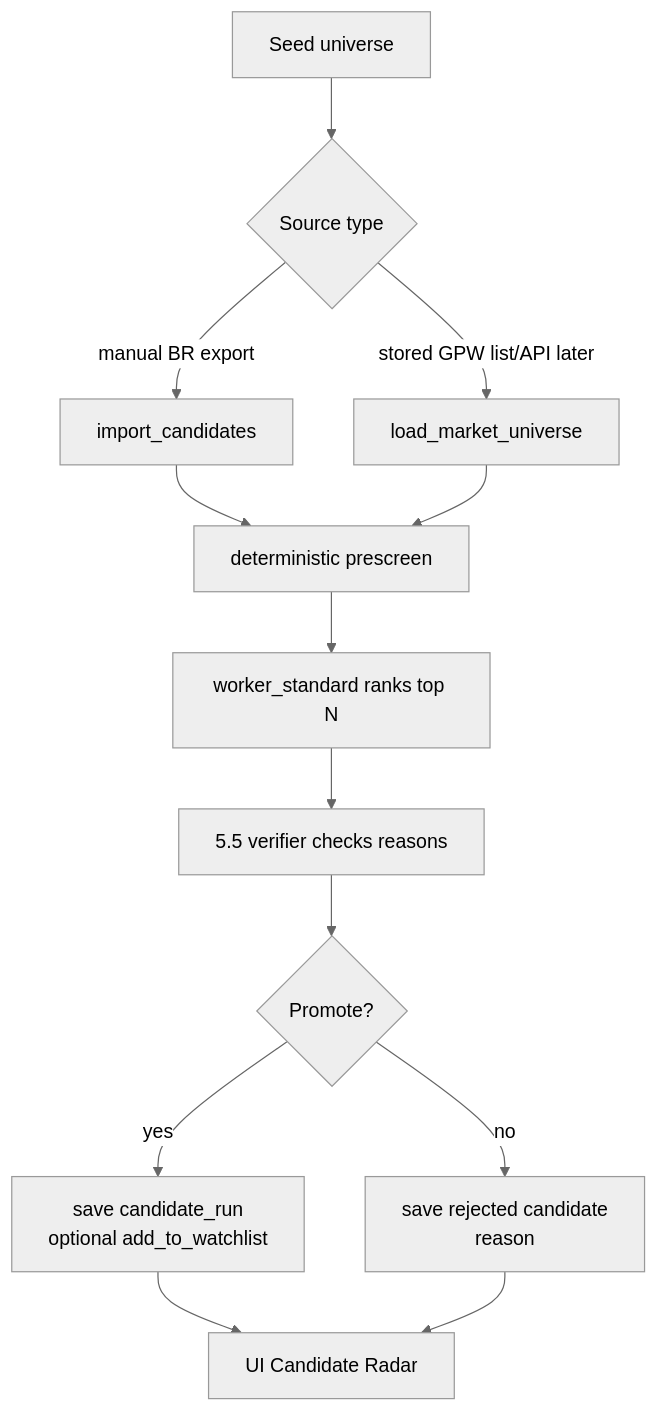
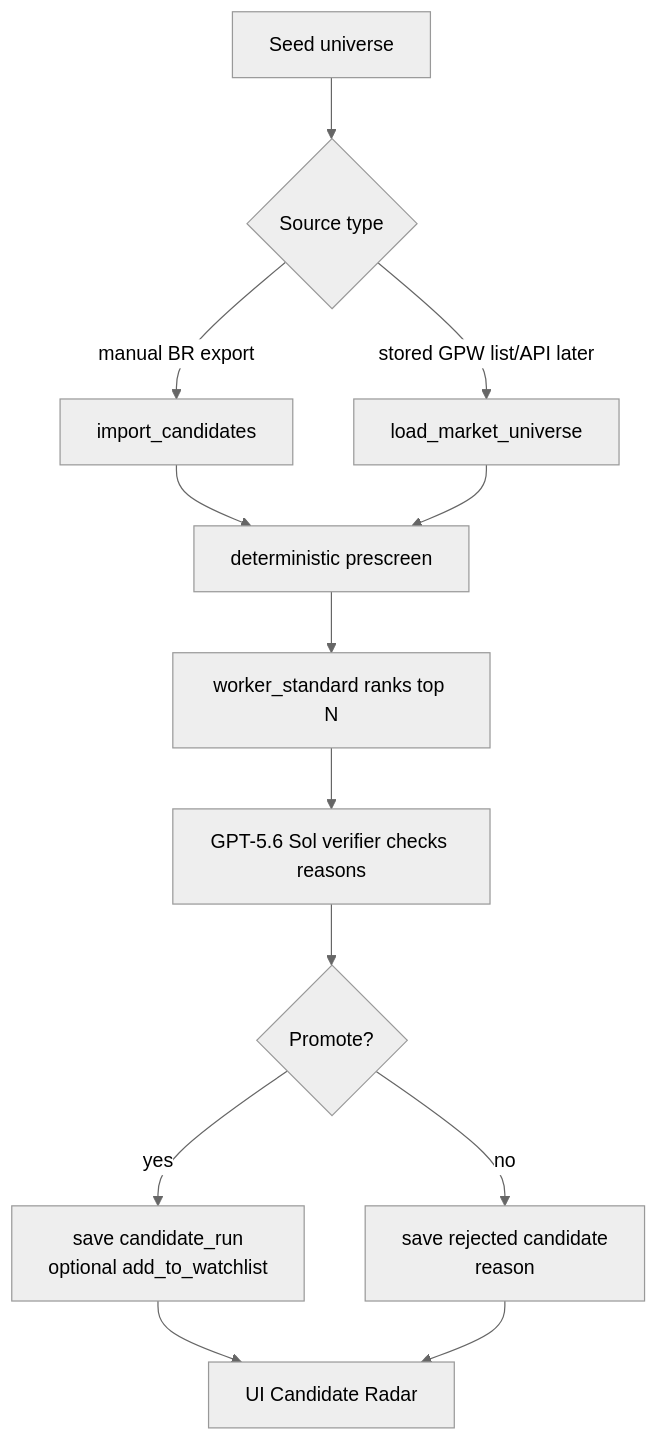
Before and after one commit to j-gulinski/stocks-analysis: the seventh of 11 diagrams in docs/plan-stage-codex-pivot.md, drawn with Mermaid (neutral theme). The commit also changed other lines of this file and 23 other files, not shown here.

Commit message:
Align ESPI watermark work with execution roadmap

````diff
--- a/docs/plan-stage-codex-pivot.md
+++ b/docs/plan-stage-codex-pivot.md
@@ -428,15 +431,15 @@
 ```mermaid
 flowchart TB
     A[Seed universe] --> B{Source type}
     B -->|manual BR export| C[import_candidates]
     B -->|stored GPW list/API later| D[load_market_universe]
     C --> E[deterministic prescreen]
     D --> E
     E --> F[worker_standard ranks top N]
-    F --> G[5.5 verifier checks reasons]
+    F --> G[GPT-5.6 Sol verifier checks reasons]
     G --> H{Promote?}
     H -->|yes| I[save candidate_run\noptional add_to_watchlist]
     H -->|no| J[save rejected candidate\nreason]
     I --> K[UI Candidate Radar]
     J --> K
 ```
````
